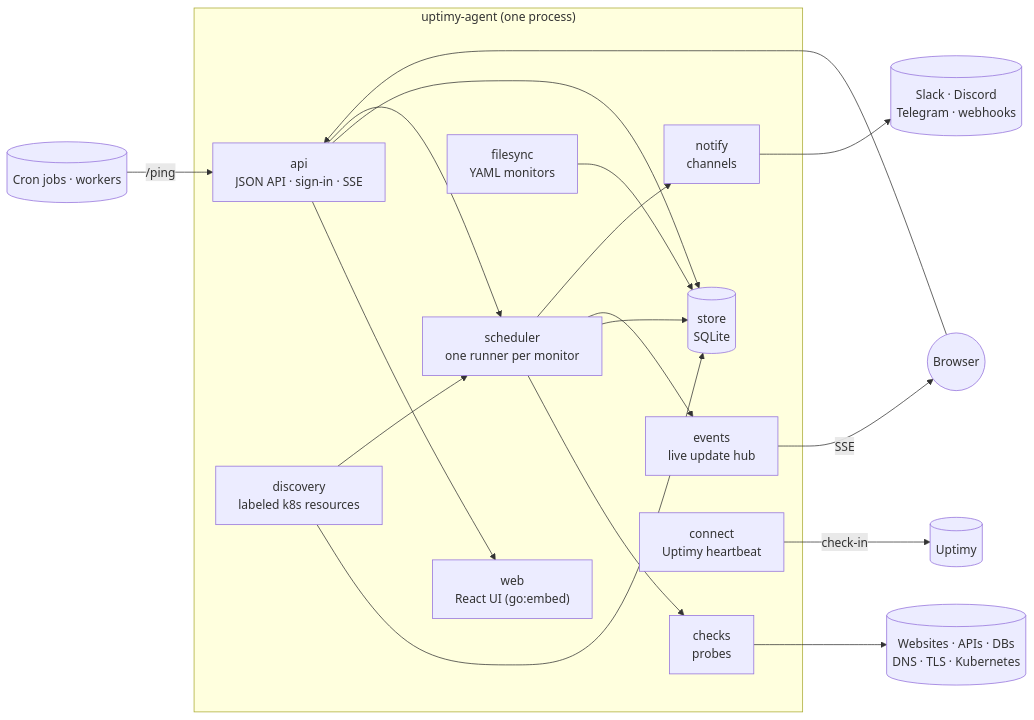
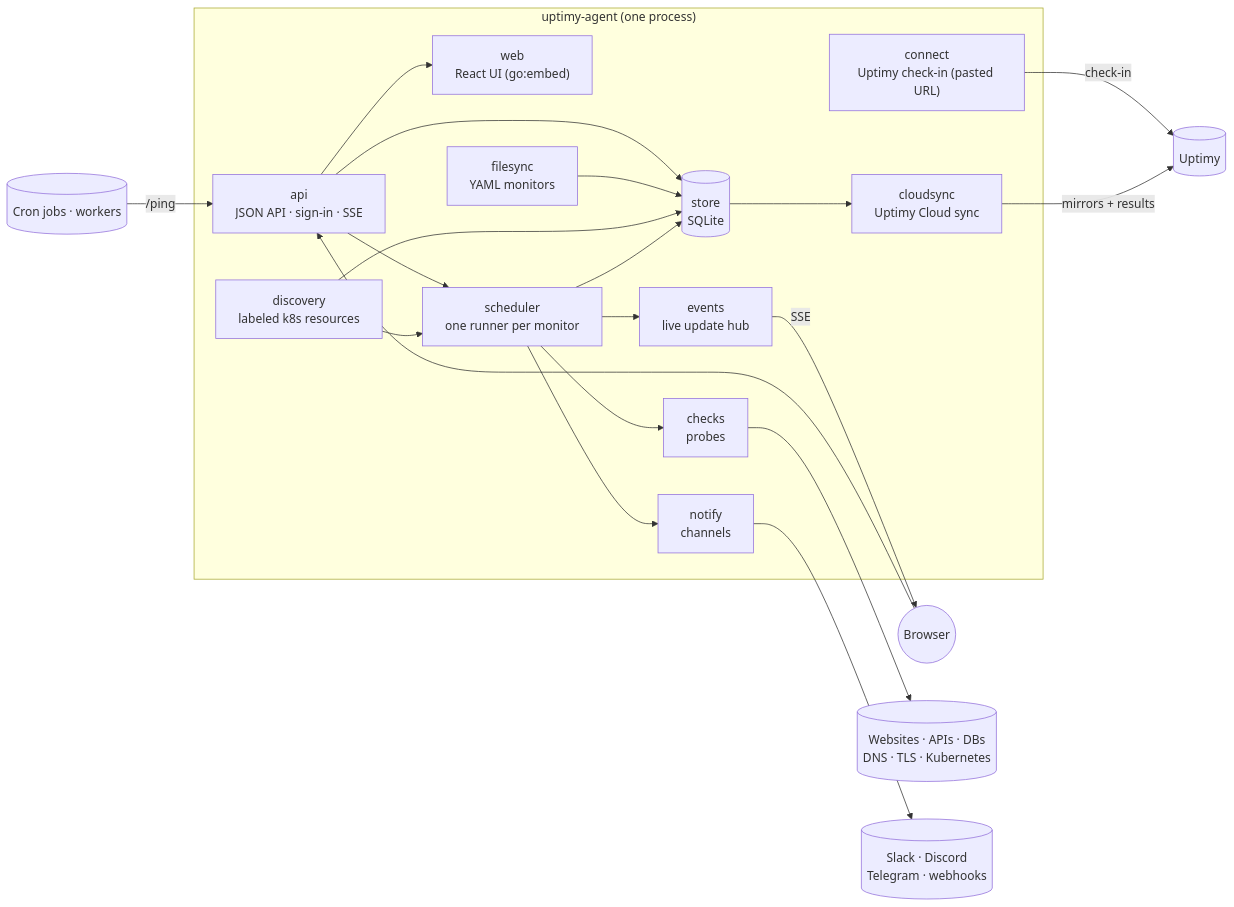
The diagram in ARCHITECTURE.md (uptimy/agent), drawn with Mermaid before and after one commit. The commit also changed other lines of this file and 22 other files, not shown here.

````diff
--- a/ARCHITECTURE.md
+++ b/ARCHITECTURE.md
@@ -5,32 +5,35 @@
 ```mermaid
 flowchart LR
     subgraph Agent["uptimy-agent (one process)"]
         API["api<br/>JSON API · sign-in · SSE"]
         UI["web<br/>React UI (go:embed)"]
         Sched["scheduler<br/>one runner per monitor"]
         Checks["checks<br/>probes"]
         Notify["notify<br/>channels"]
         Store[("store<br/>SQLite")]
         Hub["events<br/>live update hub"]
         Files["filesync<br/>YAML monitors"]
         Discovery["discovery<br/>labeled k8s resources"]
-        Watchdog["connect<br/>Uptimy heartbeat"]
+        Watchdog["connect<br/>Uptimy check-in (pasted URL)"]
+        Sync["cloudsync<br/>Uptimy Cloud sync"]
     end
 
     Browser((Browser)) --> API
     API --> UI
     API --> Store
     API --> Sched
     Files --> Store
     Discovery --> Store
     Discovery --> Sched
     Sched --> Checks
     Checks --> Targets[(Websites · APIs · DBs<br/>DNS · TLS · Kubernetes)]
     CronJobs[(Cron jobs · workers)] -- /ping --> API
     Sched --> Store
     Sched --> Hub
     Hub -- SSE --> Browser
     Sched --> Notify
     Notify --> Channels[(Slack · Discord<br/>Telegram · webhooks)]
     Watchdog -- check-in --> Uptimy[(Uptimy)]
+    Store --> Sync
+    Sync -- mirrors + results --> Uptimy
 ```
````
